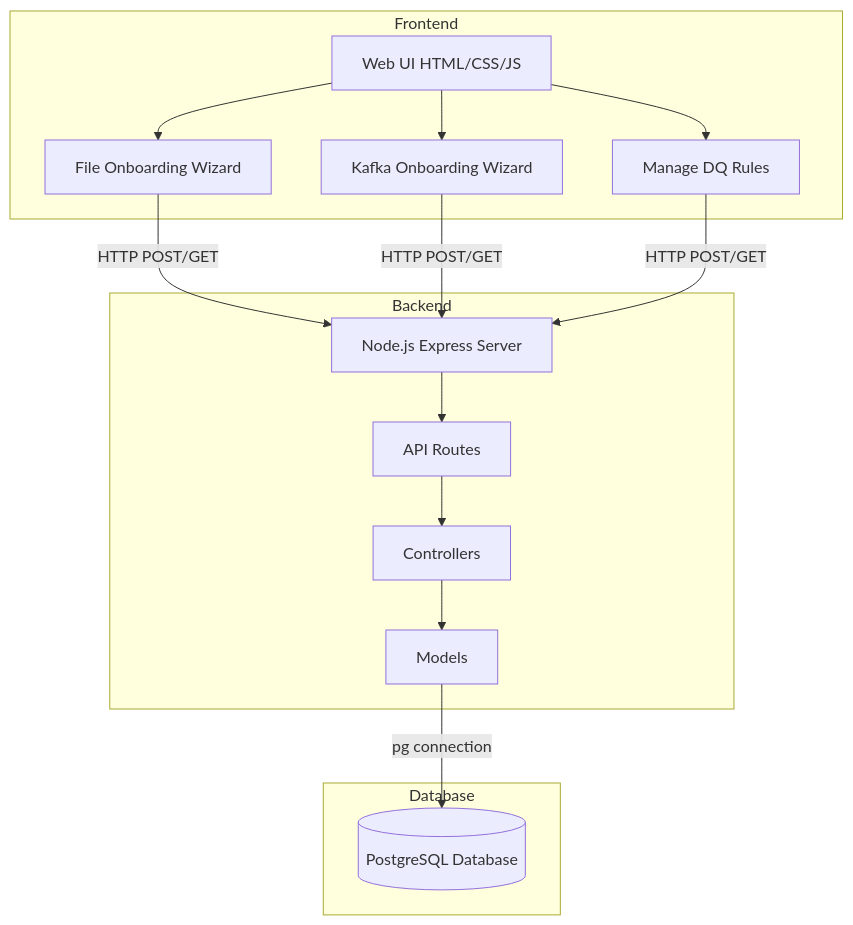
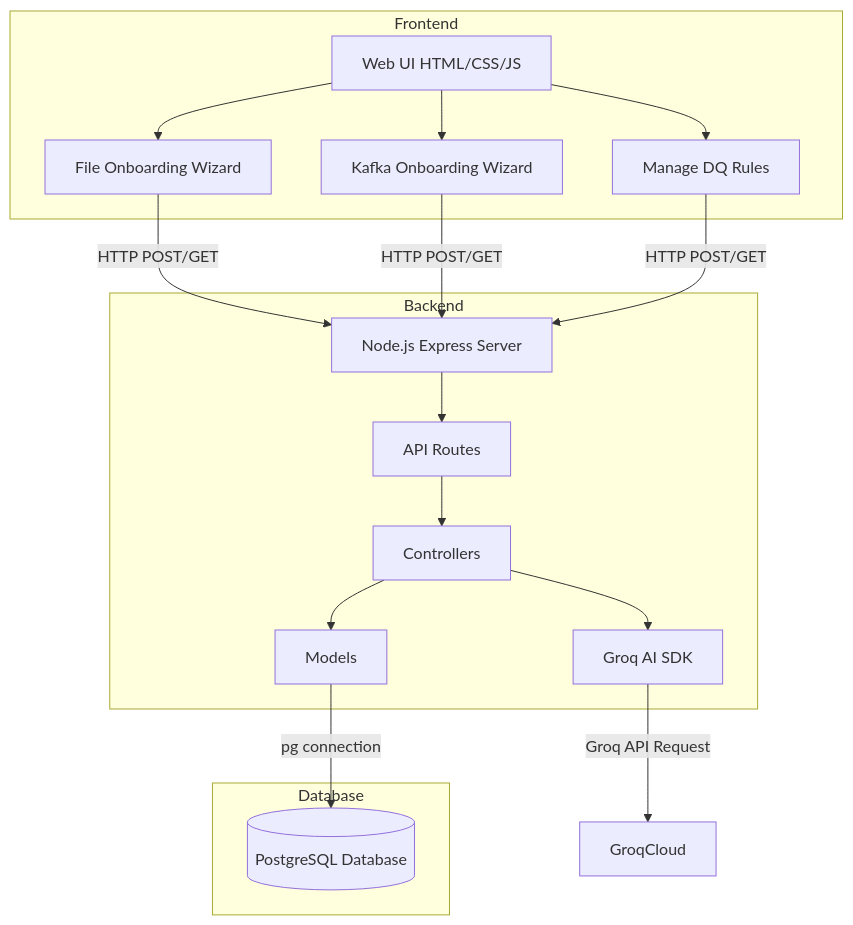
The first of 4 diagrams in README.md (RawatShreyansh/onboarding_form), drawn with Mermaid before and after one commit. The commit also changed other lines of this file, not shown here.

````diff
--- a/README.md
+++ b/README.md
@@ -25,31 +28,34 @@
 ```mermaid
 graph TD
     subgraph Frontend
         UI[Web UI HTML/CSS/JS]
         FileOnboarding[File Onboarding Wizard]
         KafkaOnboarding[Kafka Onboarding Wizard]
         DQManage[Manage DQ Rules]
         UI --> FileOnboarding
         UI --> KafkaOnboarding
         UI --> DQManage
     end
 
     subgraph Backend
         API[Node.js Express Server]
         Routes[API Routes]
         Controllers[Controllers]
         Models[Models]
+        AI[Groq AI SDK]
         API --> Routes
         Routes --> Controllers
         Controllers --> Models
+        Controllers --> AI
     end
 
     subgraph Database
         PG[(PostgreSQL Database)]
     end
 
     FileOnboarding -- HTTP POST/GET --> API
     KafkaOnboarding -- HTTP POST/GET --> API
     DQManage -- HTTP POST/GET --> API
     Models -- pg connection --> PG
+    AI -- Groq API Request --> GroqCloud
 ```
````
